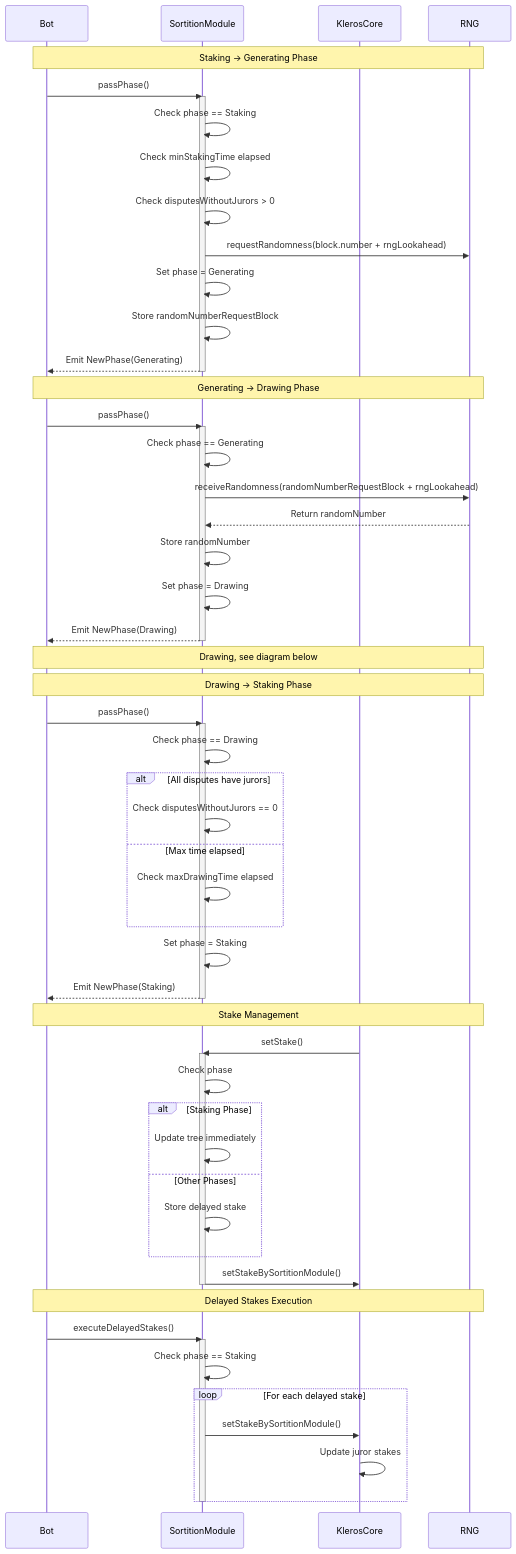
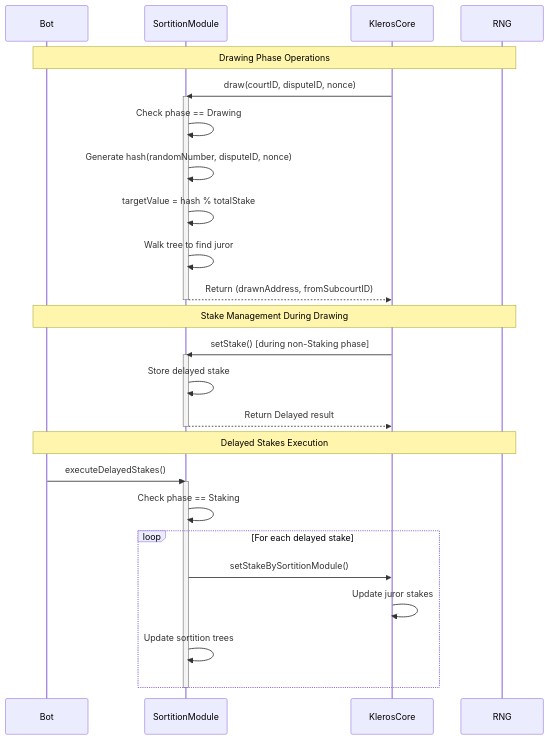
One commit to kleros/kleros-v2 changed the second of 2 diagrams in contracts/specifications/sortition-module.md. Above: the diagram before and after it, drawn with Mermaid. The commit also changed other lines of this file and 11 other files, not shown here.

````diff
--- a/contracts/specifications/sortition-module.md
+++ b/contracts/specifications/sortition-module.md
@@ -102,72 +375,38 @@
 ```mermaid
 sequenceDiagram
     participant Bot
     participant SortitionModule
     participant KlerosCore
     participant RNG
 
-    Note over Bot,RNG: Staking → Generating Phase
+    Note over Bot,RNG: Drawing Phase Operations
 
-    Bot->>SortitionModule: passPhase()
+    KlerosCore->>SortitionModule: draw(courtID, disputeID, nonce)
     activate SortitionModule
-    SortitionModule->>SortitionModule: Check phase == Staking
-    SortitionModule->>SortitionModule: Check minStakingTime elapsed
-    SortitionModule->>SortitionModule: Check disputesWithoutJurors > 0
-    SortitionModule->>RNG: requestRandomness(block.number + rngLookahead)
-    SortitionModule->>SortitionModule: Set phase = Generating
-    SortitionModule->>SortitionModule: Store randomNumberRequestBlock
-    SortitionModule-->>Bot: Emit NewPhase(Generating)
+    SortitionModule->>SortitionModule: Check phase == Drawing
+    SortitionModule->>SortitionModule: Generate hash(randomNumber, disputeID, nonce)
+    SortitionModule->>SortitionModule: targetValue = hash % totalStake
+    SortitionModule->>SortitionModule: Walk tree to find juror
+    SortitionModule-->>KlerosCore: Return (drawnAddress, fromSubcourtID)
     deactivate SortitionModule
 
-    Note over Bot,RNG: Generating → Drawing Phase
+    Note over Bot,RNG: Stake Management During Drawing
 
-    Bot->>SortitionModule: passPhase()
+    KlerosCore->>SortitionModule: setStake() [during non-Staking phase]
     activate SortitionModule
-    SortitionModule->>SortitionModule: Check phase == Generating
-    SortitionModule->>RNG: receiveRandomness(randomNumberRequestBlock + rngLookahead)
-    RNG-->>SortitionModule: Return randomNumber
-    SortitionModule->>SortitionModule: Store randomNumber
-    SortitionModule->>SortitionModule: Set phase = Drawing
-    SortitionModule-->>Bot: Emit NewPhase(Drawing)
-    deactivate SortitionModule
-
-    Note over Bot,RNG: Drawing, see diagram below
-
-    Note over Bot,RNG: Drawing → Staking Phase
-
-    Bot->>SortitionModule: passPhase()
-    activate SortitionModule
-    SortitionModule->>SortitionModule: Check phase == Drawing
-    alt All disputes have jurors
-        SortitionModule->>SortitionModule: Check disputesWithoutJurors == 0
-    else Max time elapsed
-        SortitionModule->>SortitionModule: Check maxDrawingTime elapsed
-    end
-    SortitionModule->>SortitionModule: Set phase = Staking
-    SortitionModule-->>Bot: Emit NewPhase(Staking)
-    deactivate SortitionModule
-
-    Note over Bot,RNG: Stake Management
-
-    KlerosCore->>SortitionModule: setStake()
-    activate SortitionModule
-    SortitionModule->>SortitionModule: Check phase
-    alt Staking Phase
-        SortitionModule->>SortitionModule: Update tree immediately
-    else Other Phases
-        SortitionModule->>SortitionModule: Store delayed stake
-    end
-    SortitionModule->>KlerosCore: setStakeBySortitionModule()
+    SortitionModule->>SortitionModule: Store delayed stake
+    SortitionModule-->>KlerosCore: Return Delayed result
     deactivate SortitionModule
 
     Note over Bot,RNG: Delayed Stakes Execution
 
     Bot->>SortitionModule: executeDelayedStakes()
     activate SortitionModule
     SortitionModule->>SortitionModule: Check phase == Staking
     loop For each delayed stake
         SortitionModule->>KlerosCore: setStakeBySortitionModule()
         KlerosCore->>KlerosCore: Update juror stakes
+        SortitionModule->>SortitionModule: Update sortition trees
     end
     deactivate SortitionModule
 ```
````
